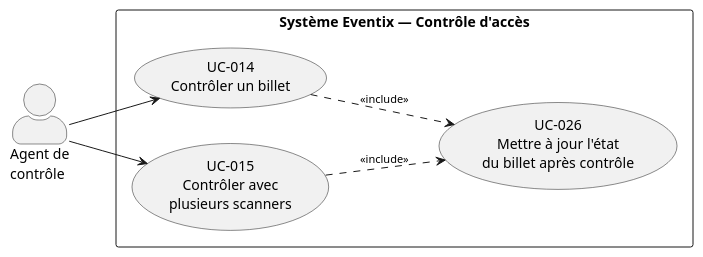
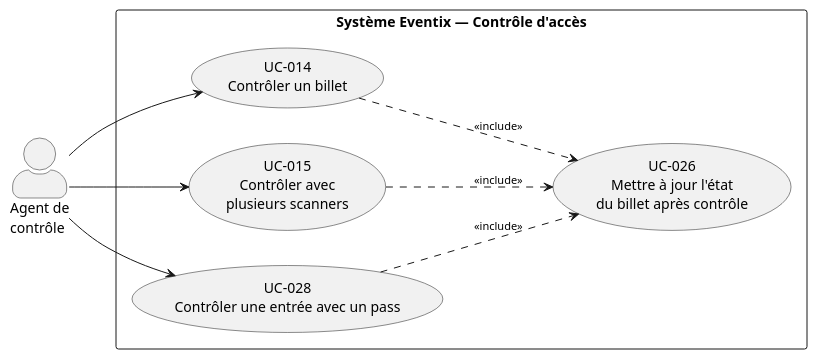
The fourth of 7 diagrams in docs/06-modelisation-uml/diagrammes-de-cas-d-utilisation.md (SamuHabra/eventix-documentation), drawn with PlantUML before and after one commit. The commit also changed other lines of this file and 67 other files, not shown here.

````diff
--- a/docs/06-modelisation-uml/diagrammes-de-cas-d-utilisation.md
+++ b/docs/06-modelisation-uml/diagrammes-de-cas-d-utilisation.md
@@ -283,20 +335,23 @@
 ```plantuml
 @startuml uc-agent-controle
 skinparam actorStyle awesome
 skinparam ArrowFontSize 11
 left to right direction
 
 actor "Agent de\ncontrôle" as AG
 
 rectangle "Système Eventix — Contrôle d'accès" {
   usecase "UC-014\nContrôler un billet" as UC14
   usecase "UC-015\nContrôler avec\nplusieurs scanners" as UC15
+  usecase "UC-028\nContrôler une entrée avec un pass" as UC28
   usecase "UC-026\nMettre à jour l'état\ndu billet après contrôle" as UC26
 }
 
 AG --> UC14
 AG --> UC15
+AG --> UC28
 UC14 .down.> UC26 : <<include>>
 UC15 .down.> UC26 : <<include>>
+UC28 .down.> UC26 : <<include>>
 @enduml
 ```
````
